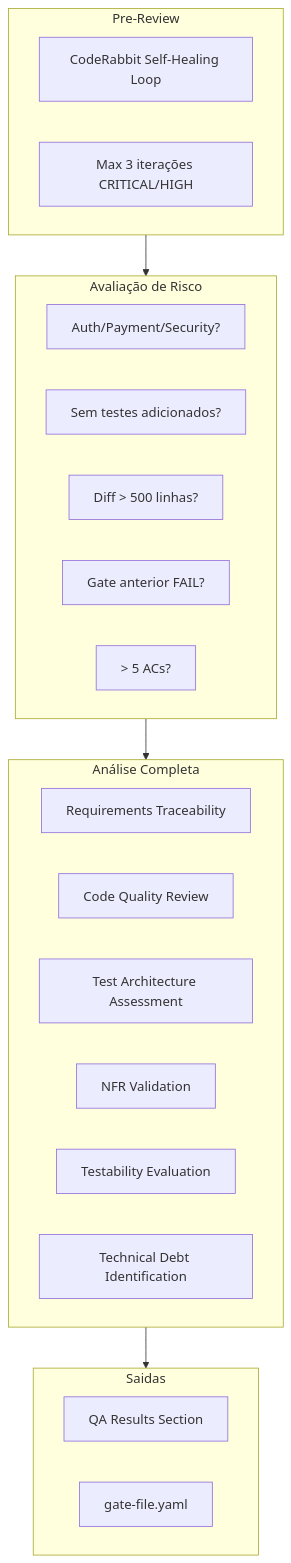
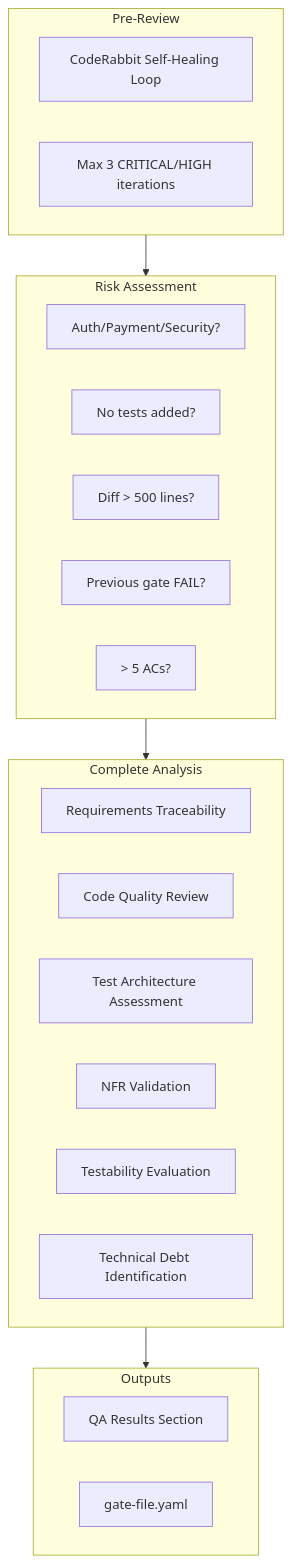
Before and after one commit to CyryxLabs/AEXOS: the sixth of 10 diagrams in docs/aexos-workflows/qa-loop-workflow.md, drawn with Mermaid. The commit also changed other lines of this file and 528 other files, not shown here.

````diff
--- a/docs/aexos-workflows/qa-loop-workflow.md
+++ b/docs/aexos-workflows/qa-loop-workflow.md
@@ -492,33 +492,33 @@
 ```mermaid
 flowchart TD
     subgraph PRE["Pre-Review"]
         P1["CodeRabbit Self-Healing Loop"]
-        P2["Max 3 iterações CRITICAL/HIGH"]
+        P2["Max 3 CRITICAL/HIGH iterations"]
     end
 
-    subgraph RISK["Avaliação de Risco"]
+    subgraph RISK["Risk Assessment"]
         R1["Auth/Payment/Security?"]
-        R2["Sem testes adicionados?"]
-        R3["Diff > 500 linhas?"]
-        R4["Gate anterior FAIL?"]
+        R2["No tests added?"]
+        R3["Diff > 500 lines?"]
+        R4["Previous gate FAIL?"]
         R5["> 5 ACs?"]
     end
 
-    subgraph ANALYSIS["Análise Completa"]
+    subgraph ANALYSIS["Complete Analysis"]
         A1["Requirements Traceability"]
         A2["Code Quality Review"]
         A3["Test Architecture Assessment"]
         A4["NFR Validation"]
         A5["Testability Evaluation"]
         A6["Technical Debt Identification"]
     end
 
-    subgraph OUTPUT["Saidas"]
+    subgraph OUTPUT["Outputs"]
         O1["QA Results Section"]
         O2["gate-file.yaml"]
     end
 
     PRE --> RISK
     RISK --> ANALYSIS
     ANALYSIS --> OUTPUT
 ```
````
